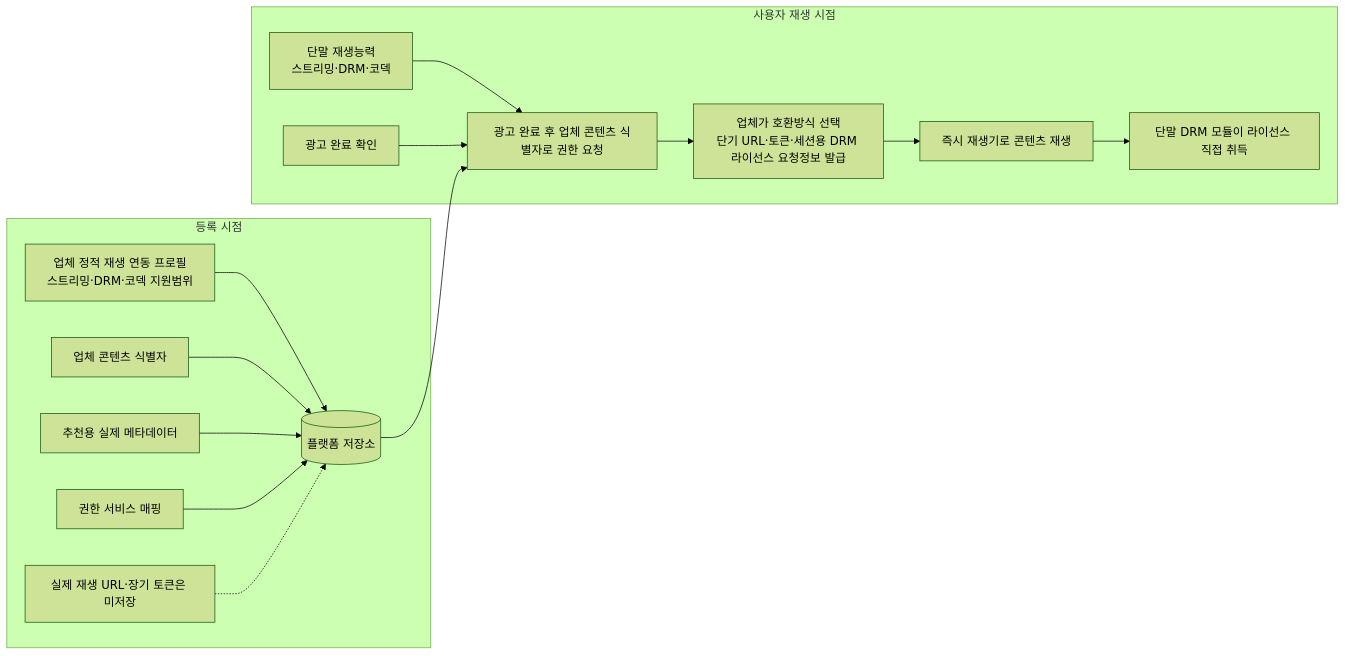
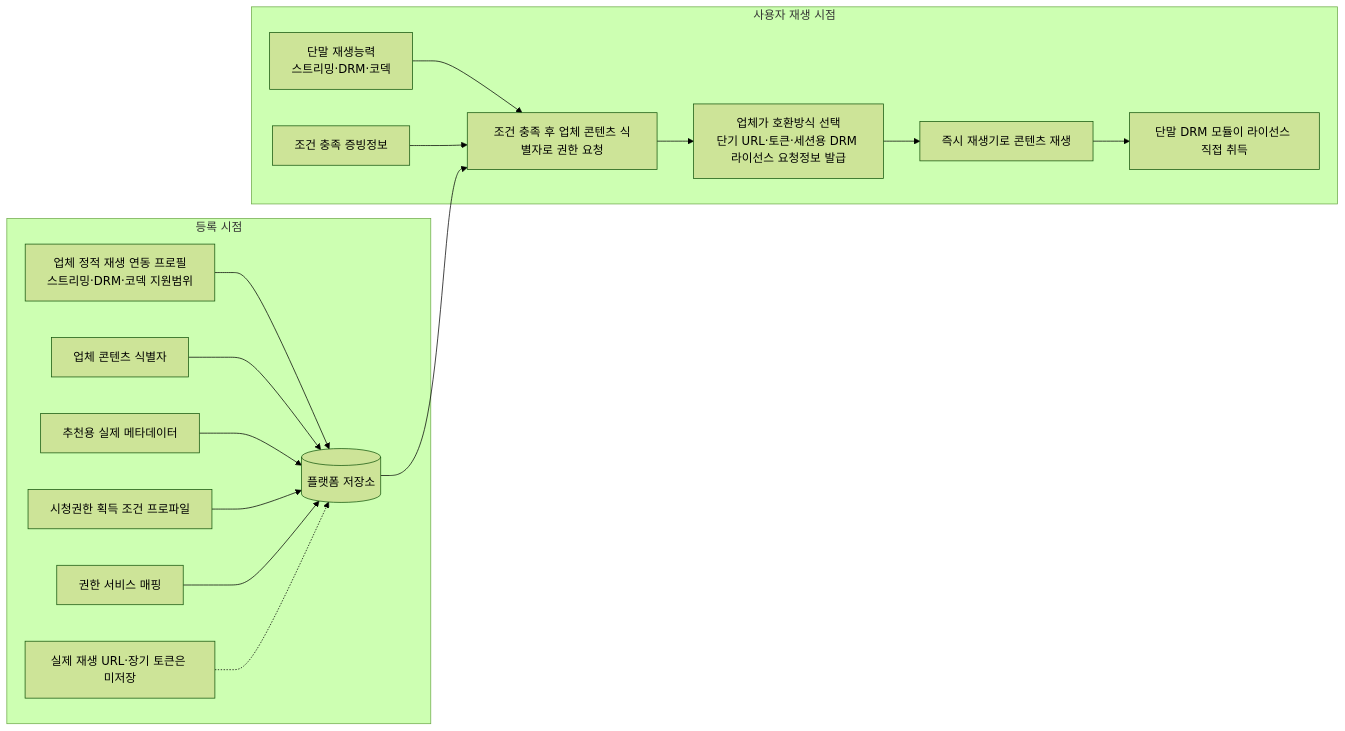
The ninth of 11 diagrams in instant_play_직무발명서.md (growdai1y/instant-play), drawn with Mermaid (forest theme) before and after one commit. The commit also changed other lines of this file, not shown here.

Commit message:
Update invention disclosure for entitlement condition profiles

````diff
--- a/instant_play_직무발명서.md
+++ b/instant_play_직무발명서.md
@@ -953,25 +1097,27 @@
 ```mermaid
 flowchart LR
     subgraph REGISTER["등록 시점"]
         PROFILE["업체 정적 재생 연동 프로필<br/>스트리밍·DRM·코덱 지원범위"]
         ID["업체 콘텐츠 식별자"]
         META["추천용 실제 메타데이터"]
+        COND["시청권한 획득 조건 프로파일"]
         MAP["권한 서비스 매핑"]
         NOURL["실제 재생 URL·장기 토큰은 미저장"]
         PROFILE --> STORE[("플랫폼 저장소")]
         ID --> STORE
         META --> STORE
+        COND --> STORE
         MAP --> STORE
         NOURL -.-> STORE
     end
 
     subgraph RUNTIME["사용자 재생 시점"]
-        CAP["단말 재생능력<br/>스트리밍·DRM·코덱"] --> REQUEST["광고 완료 후 업체 콘텐츠 식별자로 권한 요청"]
-        ADCOMPLETE["광고 완료 확인"] --> REQUEST
+        CAP["단말 재생능력<br/>스트리밍·DRM·코덱"] --> REQUEST["조건 충족 후 업체 콘텐츠 식별자로 권한 요청"]
+        CONDITION["조건 충족 증빙정보"] --> REQUEST
         REQUEST --> RESPONSE["업체가 호환방식 선택<br/>단기 URL·토큰·세션용 DRM 라이선스 요청정보 발급"]
         RESPONSE --> PLAY["즉시 재생기로 콘텐츠 재생"]
         PLAY --> LICENSE["단말 DRM 모듈이 라이선스 직접 취득"]
     end
 
     STORE --> REQUEST
 ```
````
